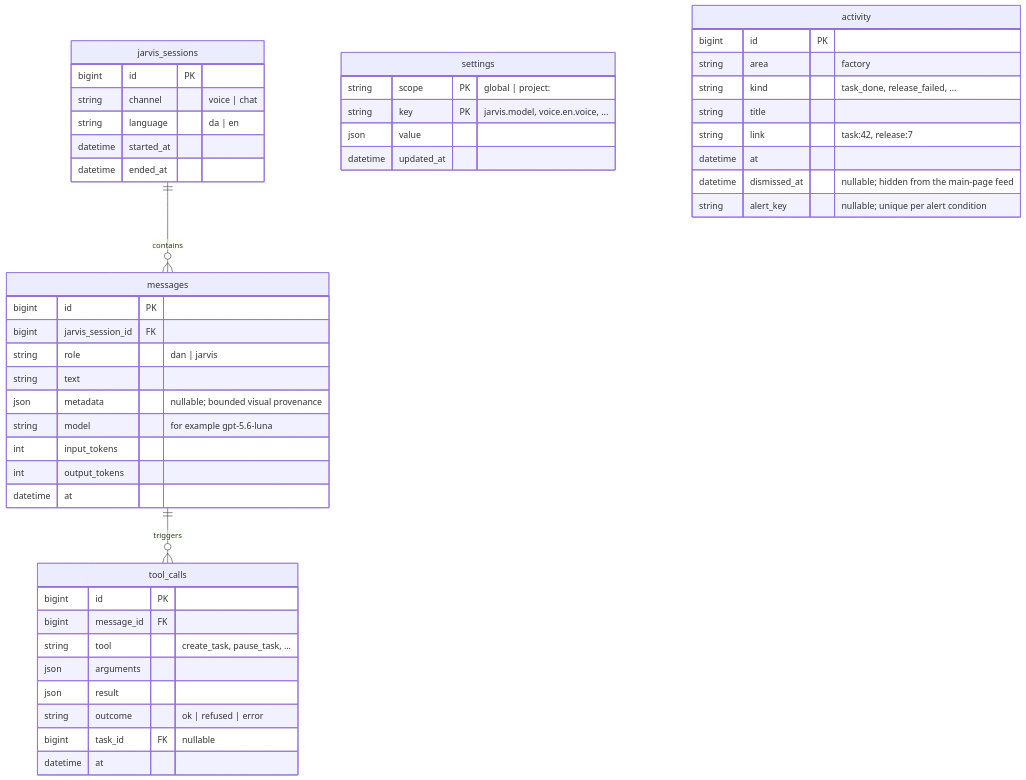
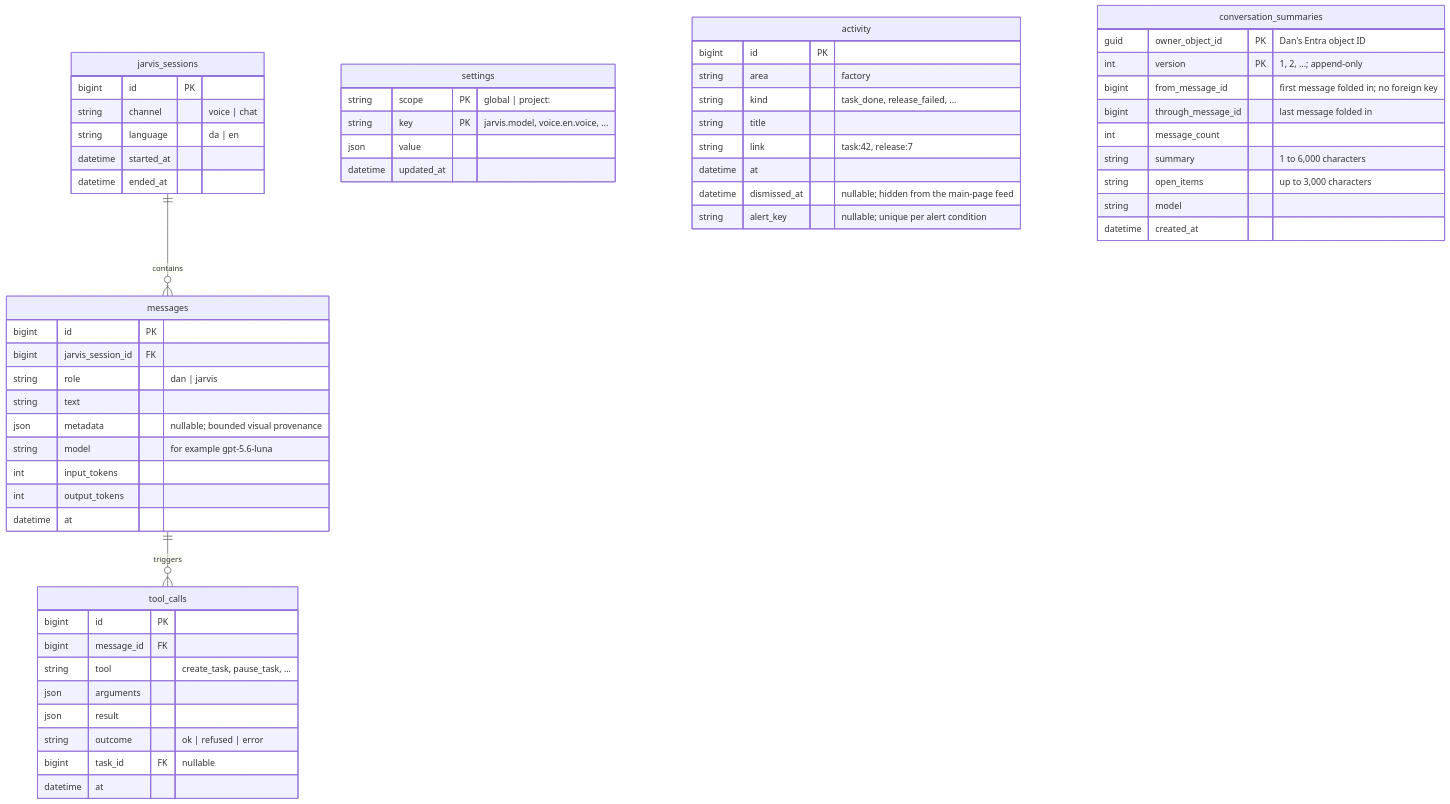
One commit to DanAakesen/jarvis changed the second of 9 diagrams in docs/data-model.md. Above: the diagram before and after it, drawn with Mermaid. The commit also changed other lines of this file and 29 other files, not shown here.

First line of the commit message:
P9-105: Rolling conversation summary of older chat messages

````diff
--- a/docs/data-model.md
+++ b/docs/data-model.md
@@ -236,49 +237,60 @@
 ```mermaid
 erDiagram
     jarvis_sessions ||--o{ messages : contains
     messages ||--o{ tool_calls : triggers
     jarvis_sessions {
         bigint id PK
         string channel "voice | chat"
         string language "da | en"
         datetime started_at
         datetime ended_at
     }
     messages {
         bigint id PK
         bigint jarvis_session_id FK
         string role "dan | jarvis"
         string text
         json metadata "nullable; bounded visual provenance"
         string model "for example gpt-5.6-luna"
         int input_tokens
         int output_tokens
         datetime at
     }
     tool_calls {
         bigint id PK
         bigint message_id FK
         string tool "create_task, pause_task, ..."
         json arguments
         json result
         string outcome "ok | refused | error"
         bigint task_id FK "nullable"
         datetime at
     }
     settings {
         string scope PK "global | project:<id>"
         string key PK "jarvis.model, voice.en.voice, ..."
         json value
         datetime updated_at
     }
     activity {
         bigint id PK
         string area "factory"
         string kind "task_done, release_failed, ..."
         string title
         string link "task:42, release:7"
         datetime at
         datetime dismissed_at "nullable; hidden from the main-page feed"
         string alert_key "nullable; unique per alert condition"
     }
+    conversation_summaries {
+        guid owner_object_id PK "Dan's Entra object ID"
+        int version PK "1, 2, ...; append-only"
+        bigint from_message_id "first message folded in; no foreign key"
+        bigint through_message_id "last message folded in"
+        int message_count
+        string summary "1 to 6,000 characters"
+        string open_items "up to 3,000 characters"
+        string model
+        datetime created_at
+    }
 ```
````
